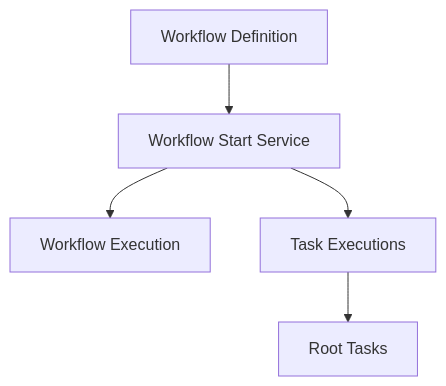
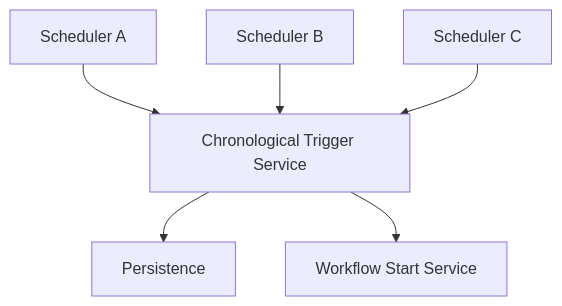
The second of 3 diagrams in docs/architecture/application.md (Devin8407/Automation-Platform), drawn with Mermaid before and after one commit. The commit also changed other lines of this file and 22 other files, not shown here.

First line of the commit message:
Add chronological trigger application services

````diff
--- a/docs/architecture/application.md
+++ b/docs/architecture/application.md
@@ -217,14 +731,18 @@
 ```mermaid
 flowchart TD
 
-    Definition["Workflow Definition"]
+    SchedulerA["Scheduler A"]
+    SchedulerB["Scheduler B"]
+    SchedulerC["Scheduler C"]
+
+    Chronological["Chronological Trigger Service"]
+    Persistence["Persistence"]
     Start["Workflow Start Service"]
-    Execution["Workflow Execution"]
-    Tasks["Task Executions"]
-    Roots["Root Tasks"]
 
-    Definition --> Start
-    Start --> Execution
-    Start --> Tasks
-    Tasks --> Roots
+    SchedulerA --> Chronological
+    SchedulerB --> Chronological
+    SchedulerC --> Chronological
+
+    Chronological --> Persistence
+    Chronological --> Start
 ```
````
